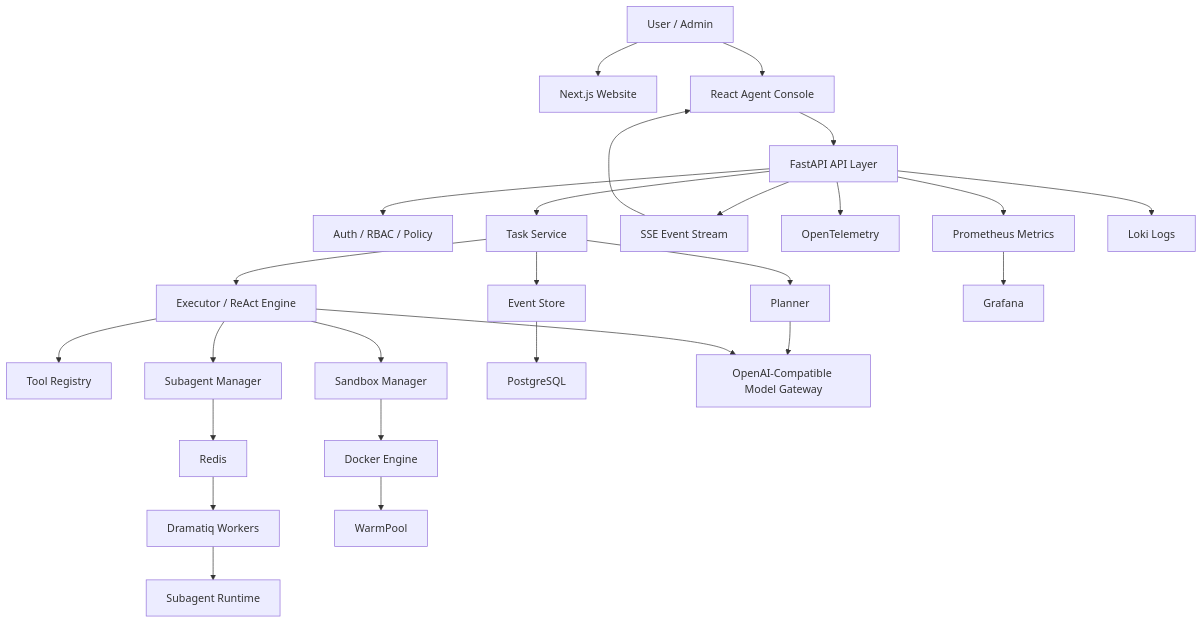
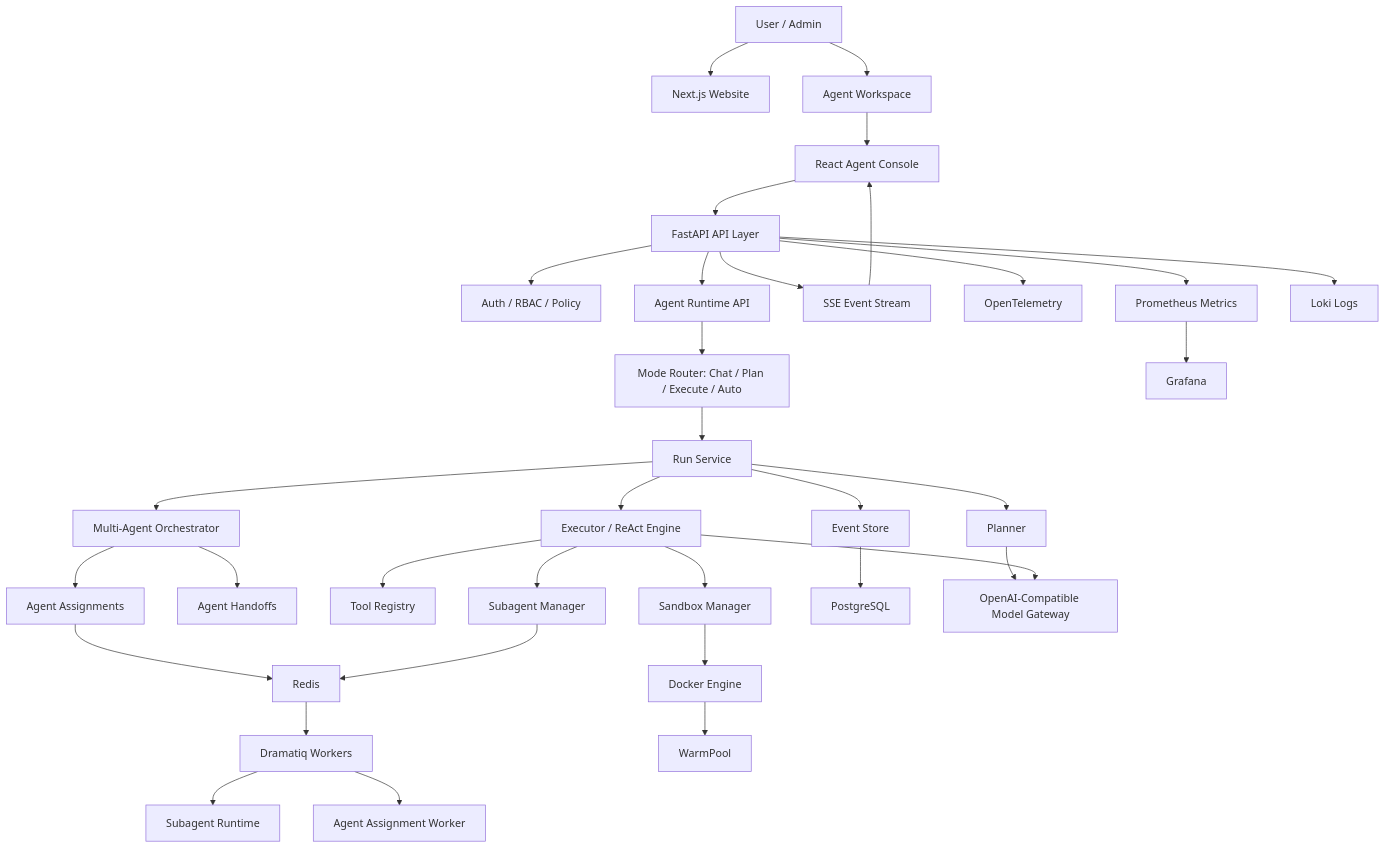
The first of 3 diagrams in docs/human/03-system-architecture.md (luohao0308/harness), drawn with Mermaid before and after one commit. The commit also changed other lines of this file and 113 other files, not shown here.

````diff
--- a/docs/human/03-system-architecture.md
+++ b/docs/human/03-system-architecture.md
@@ -16,28 +60,36 @@
 ```mermaid
 flowchart TD
     U["User / Admin"] --> WEB["Next.js Website"]
-    U --> CONSOLE["React Agent Console"]
+    U --> WORKSPACE["Agent Workspace"]
+    WORKSPACE --> CONSOLE["React Agent Console"]
     CONSOLE --> API["FastAPI API Layer"]
     API --> AUTH["Auth / RBAC / Policy"]
-    API --> TASK["Task Service"]
+    API --> AGENT["Agent Runtime API"]
+    AGENT --> MODE["Mode Router: Chat / Plan / Execute / Auto"]
+    MODE --> TASK["Run Service"]
     TASK --> PLANNER["Planner"]
     TASK --> EXEC["Executor / ReAct Engine"]
     TASK --> EVENTS["Event Store"]
+    TASK --> ORCH["Multi-Agent Orchestrator"]
+    ORCH --> ASSIGN["Agent Assignments"]
+    ORCH --> HANDOFF["Agent Handoffs"]
+    ASSIGN --> REDIS
     EXEC --> TOOLS["Tool Registry"]
     EXEC --> SUB["Subagent Manager"]
     EXEC --> SANDBOX["Sandbox Manager"]
     SUB --> REDIS["Redis"]
     REDIS --> DRAMATIQ["Dramatiq Workers"]
     DRAMATIQ --> SUBRUN["Subagent Runtime"]
+    DRAMATIQ --> ASSIGNRUN["Agent Assignment Worker"]
     SANDBOX --> DOCKER["Docker Engine"]
     DOCKER --> WARM["WarmPool"]
     EVENTS --> PG["PostgreSQL"]
     API --> STREAM["SSE Event Stream"]
     STREAM --> CONSOLE
     API --> OTEL["OpenTelemetry"]
     API --> PROM["Prometheus Metrics"]
     PROM --> GRAFANA["Grafana"]
     API --> LOKI["Loki Logs"]
     PLANNER --> MODEL["OpenAI-Compatible Model Gateway"]
     EXEC --> MODEL
 ```
````
